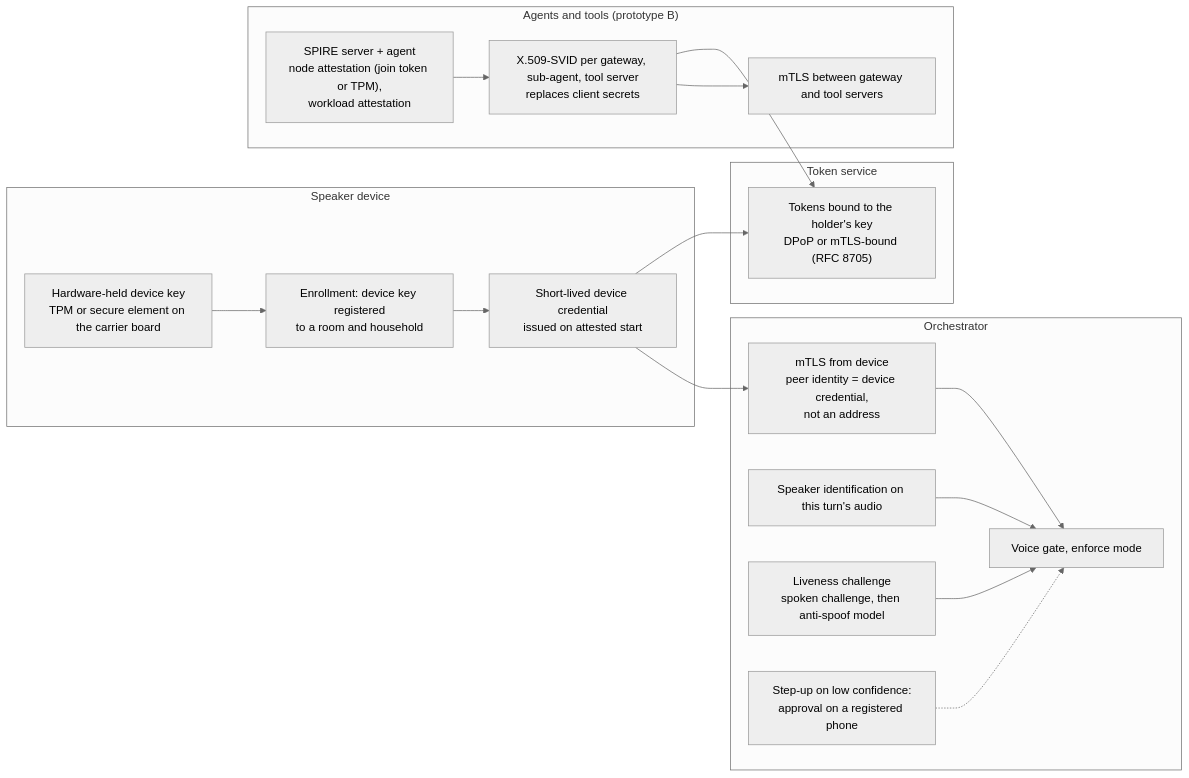
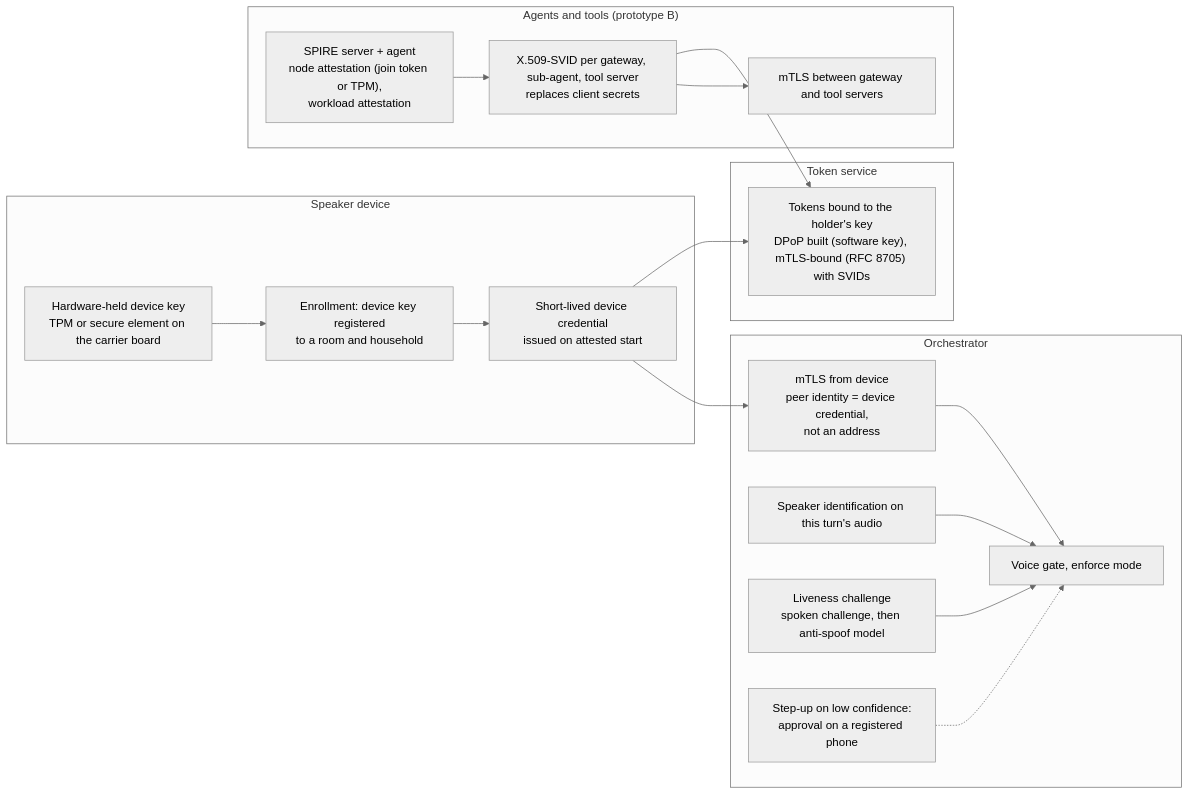
Before and after one commit to ianisms/ai-orchestrator: the second of 5 diagrams in security/DIAGRAMS.md, drawn with Mermaid (neutral theme). The commit also changed other lines of this file and 16 other files, not shown here.

First line of the commit message:
feat(security): DPoP sender-constrained tokens across the exchange chain (threat 1)

````diff
--- a/security/DIAGRAMS.md
+++ b/security/DIAGRAMS.md
@@ -72,34 +78,34 @@
 ```mermaid
 flowchart LR
     subgraph Device["Speaker device"]
         TPM["Hardware-held device key<br/>TPM or secure element on the carrier board"]
         ENR["Enrollment: device key registered<br/>to a room and household"]
         DCRED["Short-lived device credential<br/>issued on attested start"]
     end
 
     subgraph Orch["Orchestrator"]
         MTLS["mTLS from device<br/>peer identity = device credential,<br/>not an address"]
         SID["Speaker identification on this turn's audio"]
         LIVE["Liveness challenge<br/>spoken challenge, then anti-spoof model"]
         STEP["Step-up on low confidence:<br/>approval on a registered phone"]
         GATE["Voice gate, enforce mode"]
     end
 
     subgraph Workloads["Agents and tools (prototype B)"]
         SPIRE["SPIRE server + agent<br/>node attestation (join token or TPM),<br/>workload attestation"]
         SVID["X.509-SVID per gateway, sub-agent, tool server<br/>replaces client secrets"]
         WMTLS["mTLS between gateway and tool servers"]
     end
 
     subgraph STS["Token service"]
-        BIND["Tokens bound to the holder's key<br/>DPoP or mTLS-bound (RFC 8705)"]
+        BIND["Tokens bound to the holder's key<br/>DPoP built (software key), mTLS-bound (RFC 8705) with SVIDs"]
     end
 
     TPM --> ENR --> DCRED --> MTLS --> GATE
     SID --> GATE
     LIVE --> GATE
     STEP -.-> GATE
     SPIRE --> SVID --> WMTLS
     SVID --> BIND
     DCRED --> BIND
 ```
````
